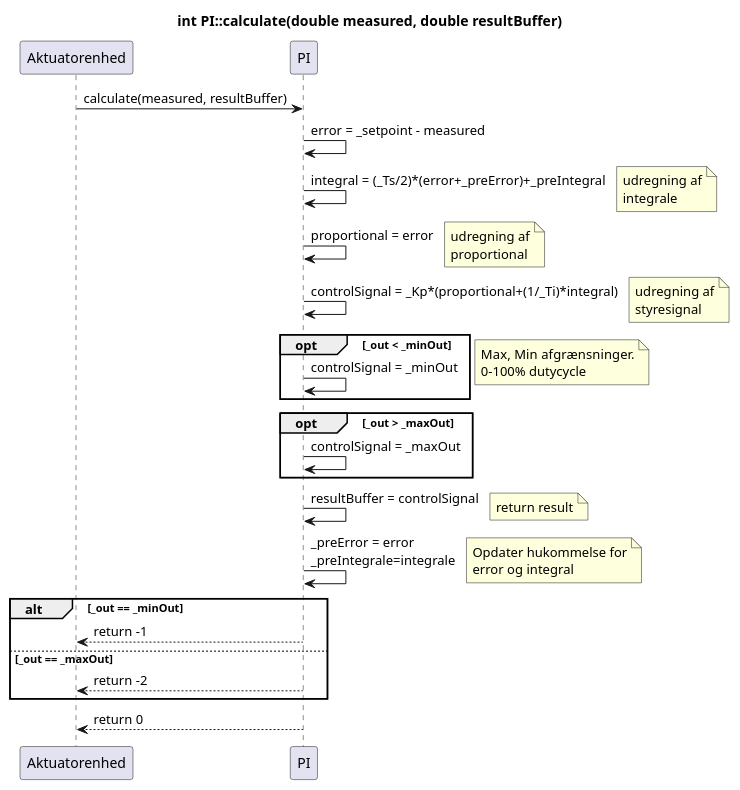
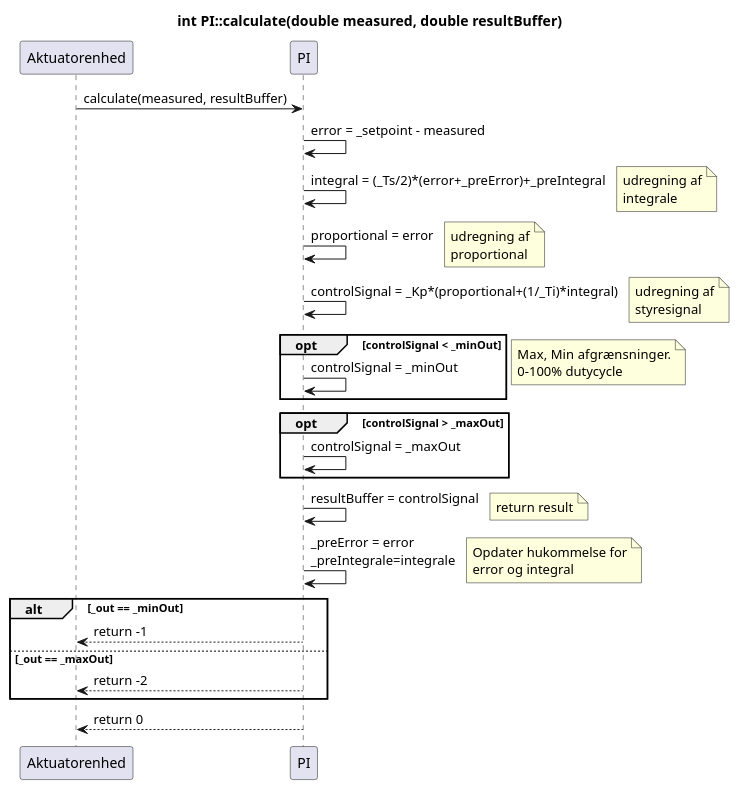
One commit to Solvgraa-mager/E4PRJ4 changed the diagram in Design/Akutuator enhed/Software/PI/SD_PI_calculate.puml. Above: the diagram before and after it, drawn with PlantUML. The commit also changed 13 other files, not shown here.

```diff
--- a/Design/Akutuator enhed/Software/PI/SD_PI_calculate.puml
+++ b/Design/Akutuator enhed/Software/PI/SD_PI_calculate.puml
@@ -1,38 +1,38 @@
 @startuml PI_calculate
 title int PI::calculate(double measured, double resultBuffer)
 
 participant Aktuatorenhed as a
 participant PI
 
 
 a -> PI : calculate(measured, resultBuffer)
 
 PI -> PI : error = _setpoint - measured
 
 PI -> PI : integral = (_Ts/2)*(error+_preError)+_preIntegral
 note right : udregning af\nintegrale
 PI -> PI : proportional = error
 note right : udregning af\nproportional
 PI -> PI : controlSignal = _Kp*(proportional+(1/_Ti)*integral)
 note right : udregning af\nstyresignal
 
-opt _out < _minOut
+opt controlSignal < _minOut
     PI -> PI : controlSignal = _minOut
 end
 note right : Max, Min afgrænsninger.\n0-100% dutycycle
-opt _out > _maxOut
+opt controlSignal > _maxOut
     PI -> PI : controlSignal = _maxOut
 end
 PI -> PI :resultBuffer = controlSignal
 note right : return result
 PI -> PI : _preError = error\n_preIntegrale=integrale
 note right : Opdater hukommelse for\nerror og integral
 
 alt _out == _minOut
 PI --> a : return -1
 else _out == _maxOut
 PI --> a : return -2
 end
 PI --> a : return 0
 
 @enduml
```
